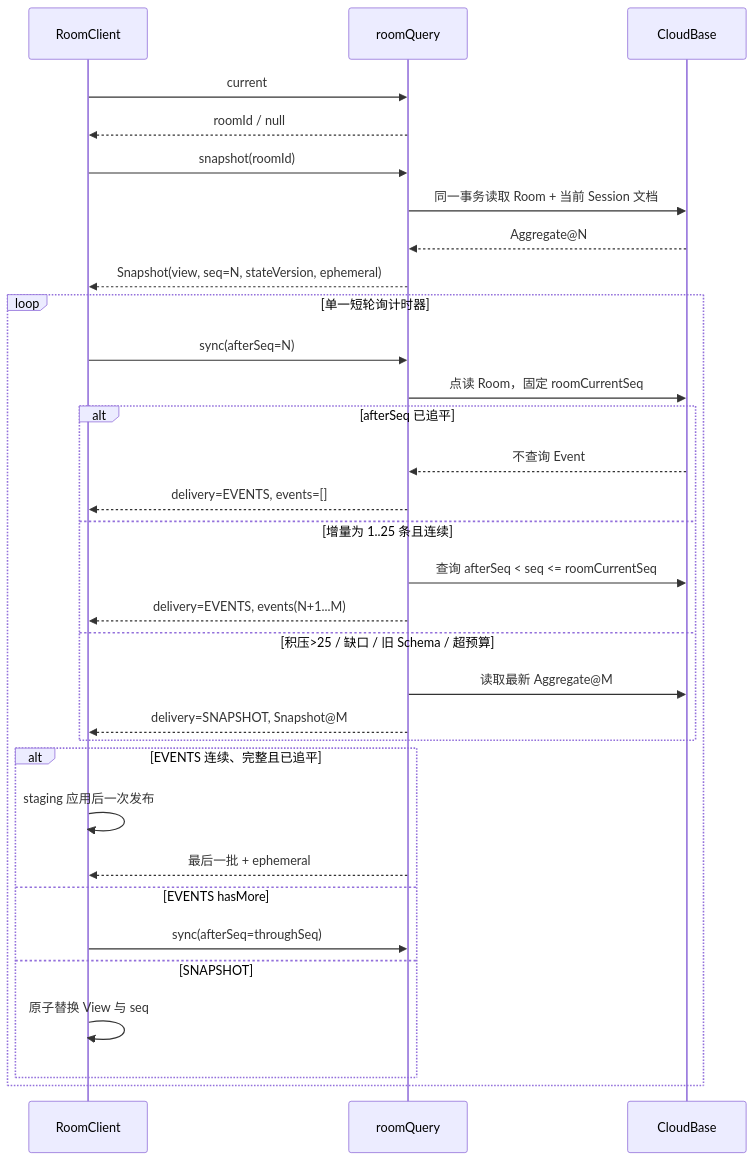
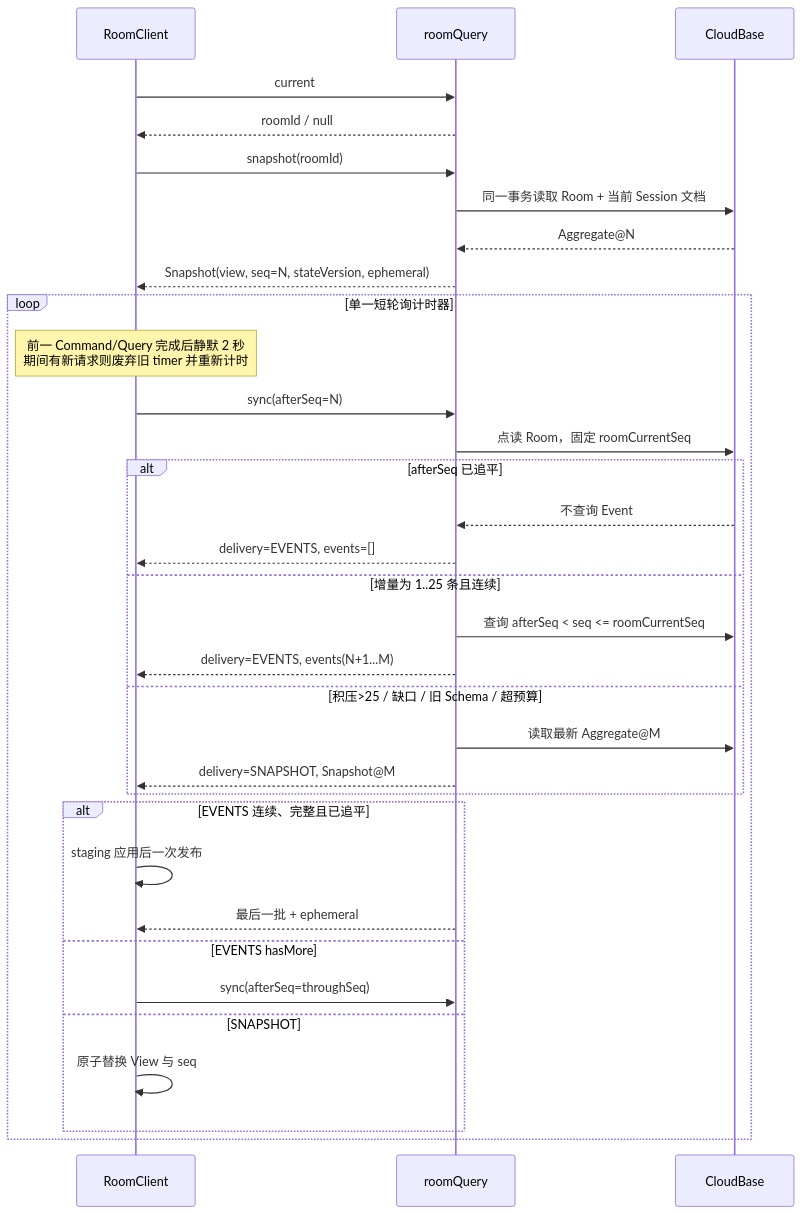
One commit to Bubble-419/cardboard-miniprogram changed diagram 11 of 23 in docs/ROOM_PROTOCOL_V3_IMPLEMENTATION.md. Above: the diagram before and after it, drawn with Mermaid. The commit also changed other lines of this file and 22 other files, not shown here.

````diff
--- a/docs/ROOM_PROTOCOL_V3_IMPLEMENTATION.md
+++ b/docs/ROOM_PROTOCOL_V3_IMPLEMENTATION.md
@@ -299,36 +307,37 @@
 ```mermaid
 sequenceDiagram
   participant C as RoomClient
   participant Q as roomQuery
   participant DB as CloudBase
 
   C->>Q: current
   Q-->>C: roomId / null
   C->>Q: snapshot(roomId)
   Q->>DB: 同一事务读取 Room + 当前 Session 文档
   DB-->>Q: Aggregate@N
   Q-->>C: Snapshot(view, seq=N, stateVersion, ephemeral)
 
   loop 单一短轮询计时器
+    Note over C: 前一 Command/Query 完成后静默 2 秒<br/>期间有新请求则废弃旧 timer 并重新计时
     C->>Q: sync(afterSeq=N)
     Q->>DB: 点读 Room，固定 roomCurrentSeq
     alt afterSeq 已追平
       DB-->>Q: 不查询 Event
       Q-->>C: delivery=EVENTS, events=[]
     else 增量为 1..25 条且连续
       Q->>DB: 查询 afterSeq < seq <= roomCurrentSeq
       Q-->>C: delivery=EVENTS, events(N+1...M)
     else 积压>25 / 缺口 / 旧 Schema / 超预算
       Q->>DB: 读取最新 Aggregate@M
       Q-->>C: delivery=SNAPSHOT, Snapshot@M
     end
     alt EVENTS 连续、完整且已追平
       C->>C: staging 应用后一次发布
       Q-->>C: 最后一批 + ephemeral
     else EVENTS hasMore
       C->>Q: sync(afterSeq=throughSeq)
     else SNAPSHOT
       C->>C: 原子替换 View 与 seq
     end
   end
 ```
````
